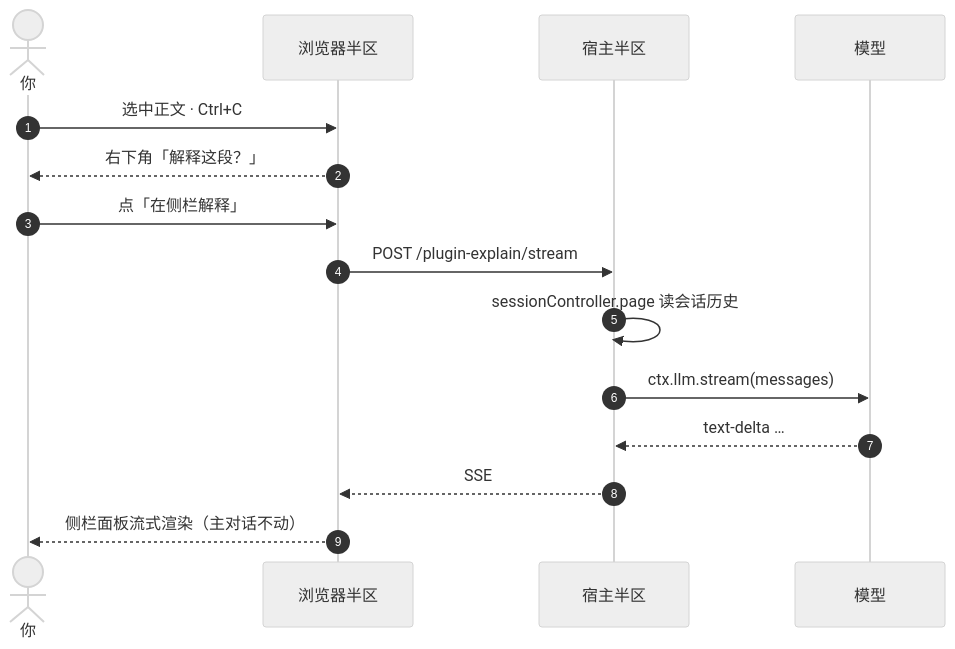
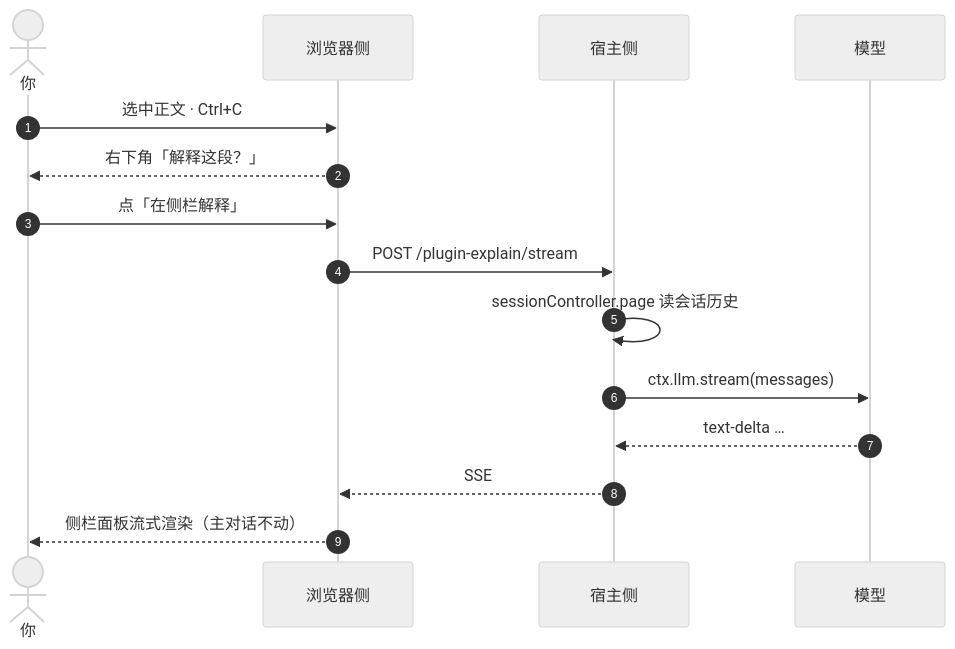
Before and after one commit to Echo-moli/dsh-plugin-side-explain: the diagram in README.md, drawn with Mermaid (neutral theme). The commit also changed other lines of this file, not shown here.

Commit message:
docs: replace jargon 半区 with 宿主侧 / 浏览器侧, explain module formats

````diff
--- a/README.md
+++ b/README.md
@@ -12,18 +12,18 @@
 ```mermaid
 sequenceDiagram
     autonumber
     actor U as 你
-    participant C as 浏览器半区
-    participant H as 宿主半区
+    participant C as 浏览器侧
+    participant H as 宿主侧
     participant M as 模型
 
     U->>C: 选中正文 · Ctrl+C
     C-->>U: 右下角「解释这段？」
     U->>C: 点「在侧栏解释」
     C->>H: POST /plugin-explain/stream
     H->>H: sessionController.page 读会话历史
     H->>M: ctx.llm.stream(messages)
     M-->>H: text-delta …
     H-->>C: SSE
     C-->>U: 侧栏面板流式渲染（主对话不动）
 ```
````
